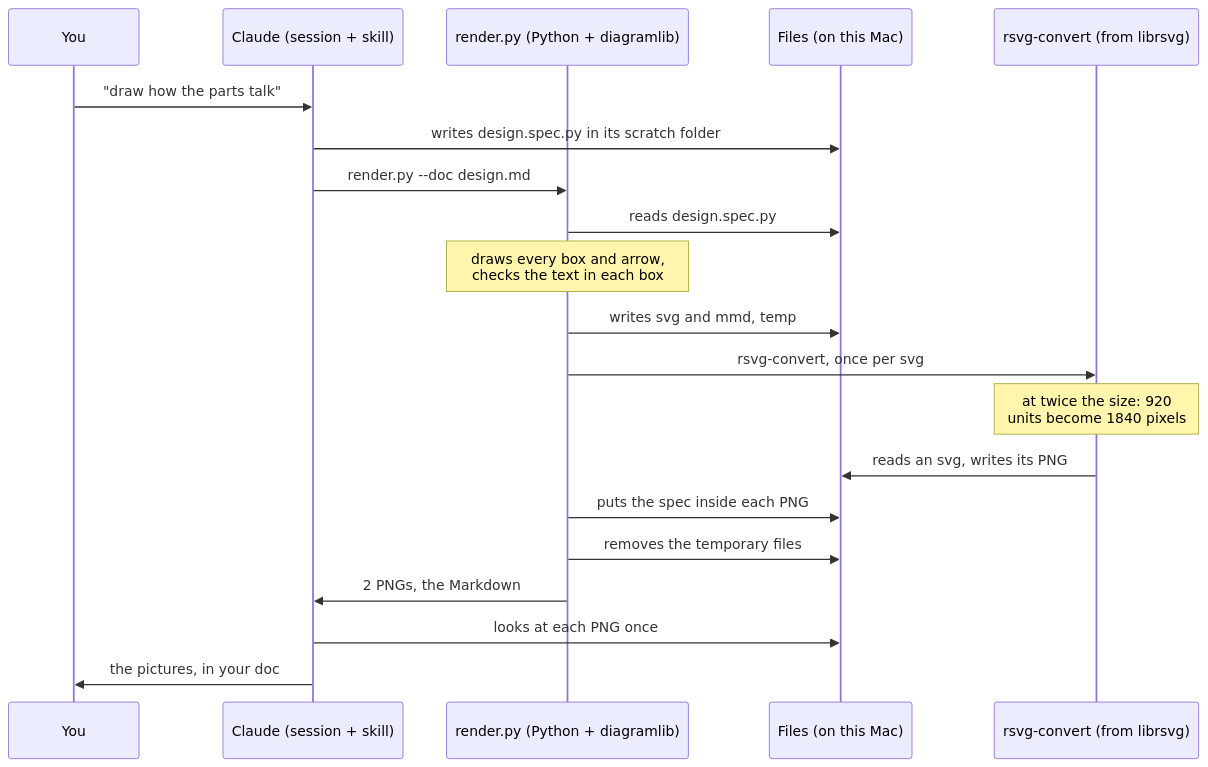
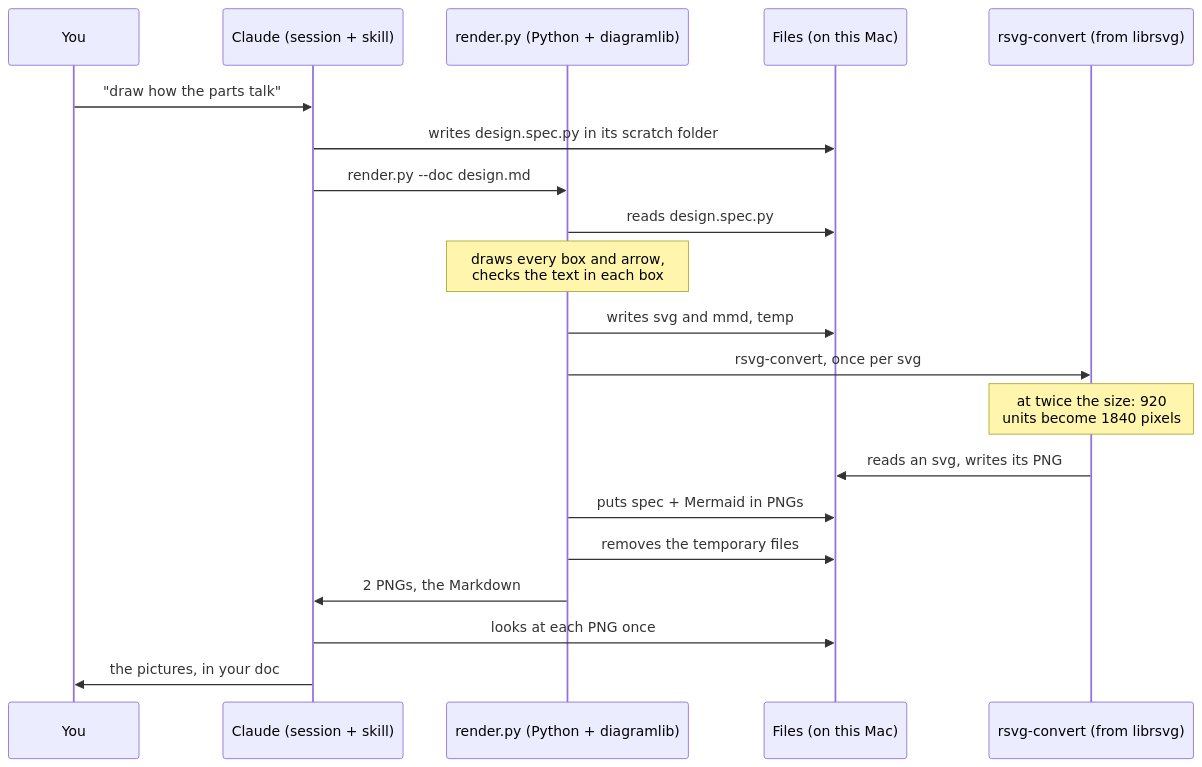
The second of 2 diagrams in skills/readable-diagrams/HOW-IT-WORKS.md (DanTanzer/dans-skills), drawn with Mermaid before and after one commit. The commit also changed other lines of this file and 13 other files, not shown here.

````diff
--- a/skills/readable-diagrams/HOW-IT-WORKS.md
+++ b/skills/readable-diagrams/HOW-IT-WORKS.md
@@ -68,22 +68,22 @@
 ```mermaid
 sequenceDiagram
   participant U as You
   participant C as Claude (session + skill)
   participant R as render.py (Python + diagramlib)
   participant F as Files (on this Mac)
   participant X as rsvg-convert (from librsvg)
   U->>C: "draw how the parts talk"
   C->>F: writes design.spec.py in its scratch folder
   C->>R: render.py --doc design.md
   R->>F: reads design.spec.py
   Note over R: draws every box and arrow,<br/>checks the text in each box
   R->>F: writes svg and mmd, temp
   R->>X: rsvg-convert, once per svg
   Note over X: at twice the size: 920<br/>units become 1840 pixels
   X->>F: reads an svg, writes its PNG
-  R->>F: puts the spec inside each PNG
+  R->>F: puts spec + Mermaid in PNGs
   R->>F: removes the temporary files
   R->>C: 2 PNGs, the Markdown
   C->>F: looks at each PNG once
   C->>U: the pictures, in your doc
 ```
````
